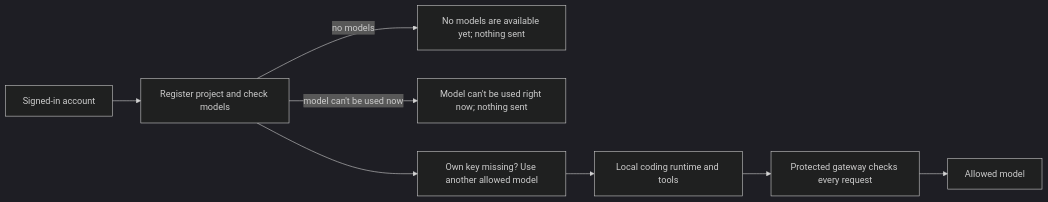
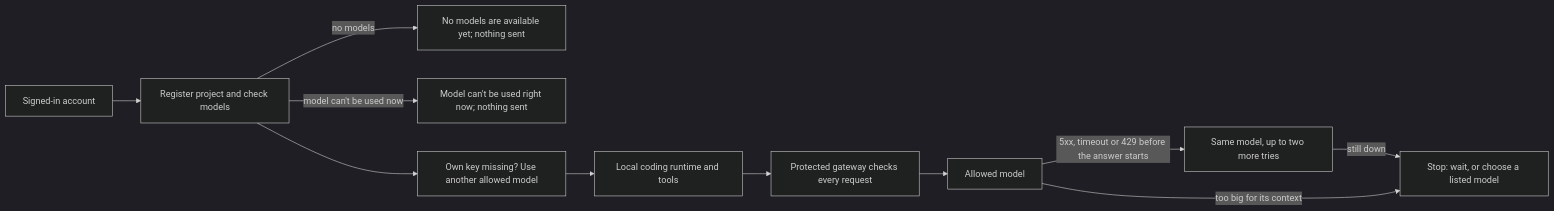
The diagram in docs/guide/cli-coding.md (OsamaFelFel/keeplane), drawn with Mermaid (dark theme) before and after one commit. The commit also changed other lines of this file and 3 other files, not shown here.

````diff
--- a/docs/guide/cli-coding.md
+++ b/docs/guide/cli-coding.md
@@ -57,10 +85,13 @@
 ```mermaid
 flowchart LR
   Profile[Signed-in account] --> Check[Register project and check models]
   Check -->|no models| Stop[No models are available yet; nothing sent]
   Check -->|model can't be used now| Stop2[Model can't be used right now; nothing sent]
   Check --> Choice[Own key missing? Use another allowed model]
   Choice --> Local[Local coding runtime and tools]
   Local --> Gateway[Protected gateway checks every request]
   Gateway --> Model[Allowed model]
+  Model -->|5xx, timeout or 429 before the answer starts| Retry[Same model, up to two more tries]
+  Retry -->|still down| Tell[Stop: wait, or choose a listed model]
+  Model -->|too big for its context| Tell
 ```
````
